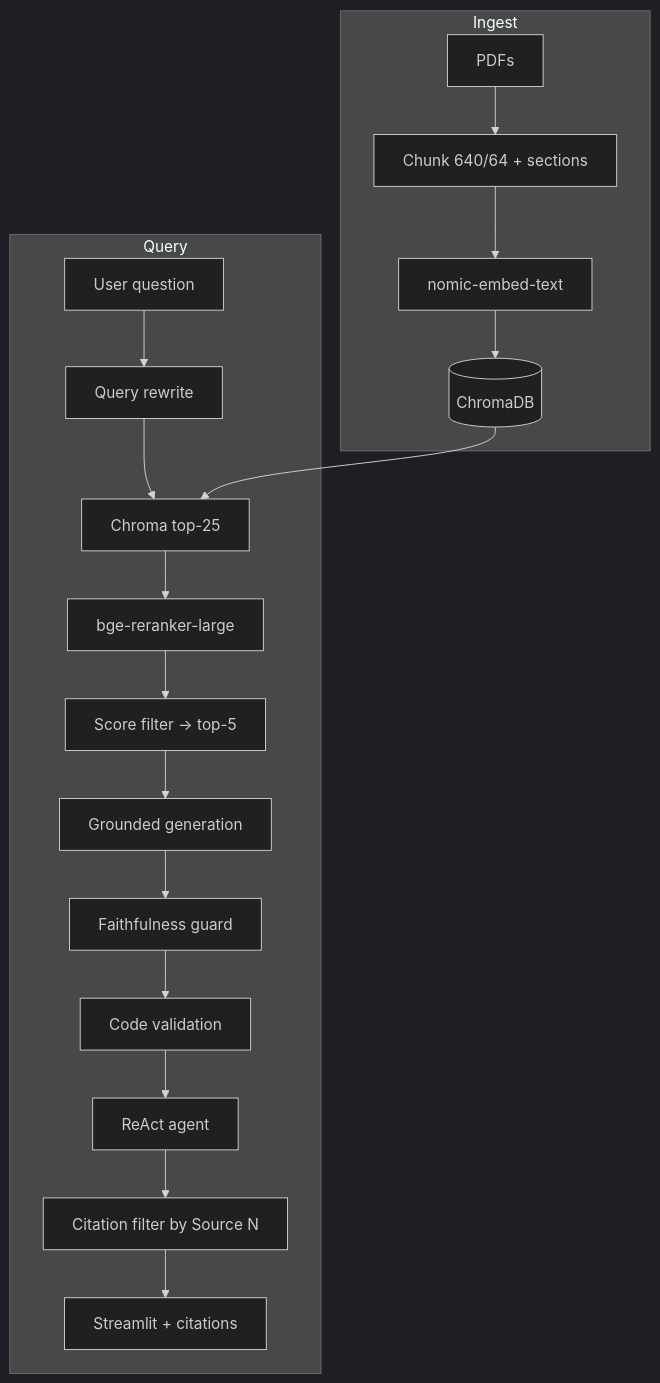
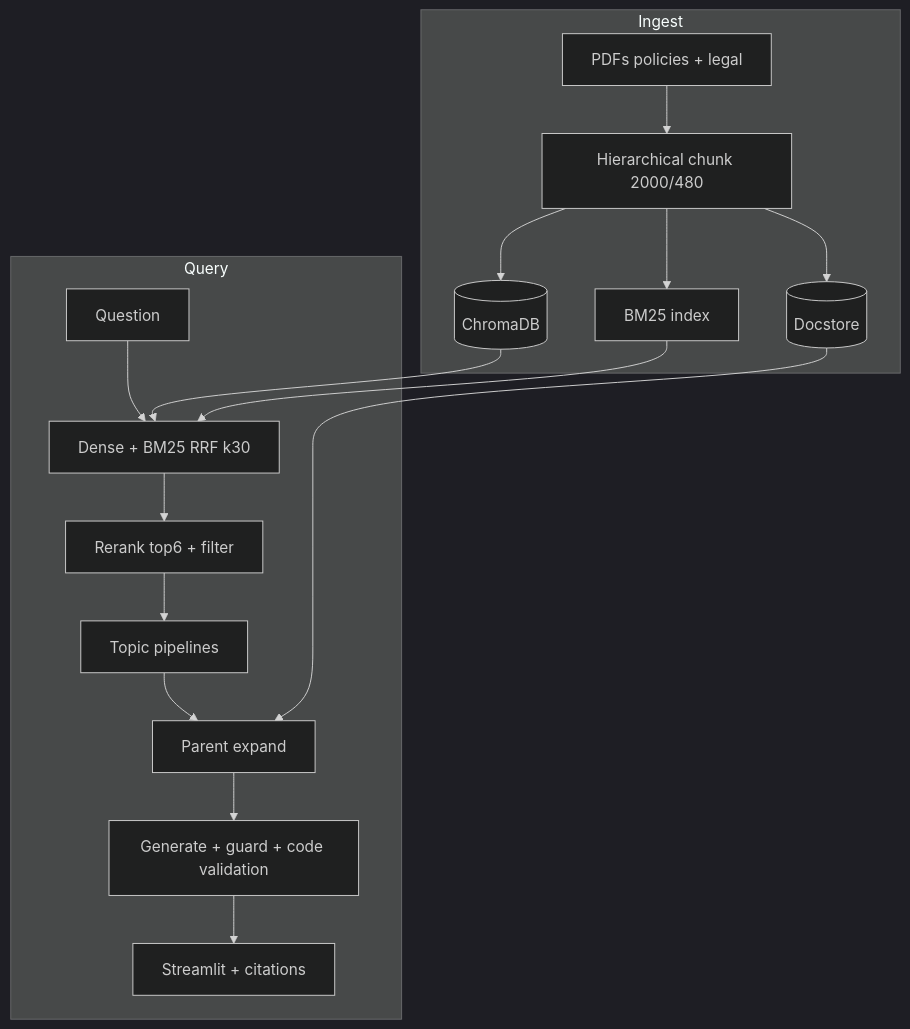
One commit to SoubhagyaJain/Rag-chatbot changed the diagram in README.md. Above: the diagram before and after it, drawn with Mermaid (dark theme). The commit also changed other lines of this file and 3 other files, not shown here.

Commit message:
docs: refresh all READMEs with latest architecture, metrics, and CD status

````diff
--- a/README.md
+++ b/README.md
@@ -286,23 +51,22 @@
 ```mermaid
 flowchart TB
     subgraph Ingest
-        PDF[PDFs] --> CHUNK[Chunk 640/64 + sections]
-        CHUNK --> EMB[nomic-embed-text]
-        EMB --> CHROMA[(ChromaDB)]
+        PDF[PDFs policies + legal] --> HChunk[Hierarchical chunk 2000/480]
+        HChunk --> Chroma[(ChromaDB)]
+        HChunk --> Docstore[(Docstore)]
+        HChunk --> BM25[BM25 index]
     end
 
     subgraph Query
-        Q[User question] --> REWRITE[Query rewrite]
-        REWRITE --> RET[Chroma top-25]
-        RET --> RERANK[bge-reranker-large]
-        RERANK --> FILTER[Score filter → top-5]
-        FILTER --> GEN[Grounded generation]
-        GEN --> GUARD[Faithfulness guard]
-        GUARD --> CODE[Code validation]
-        CODE --> AGENT[ReAct agent]
-        AGENT --> CITE[Citation filter by Source N]
-        CITE --> UI[Streamlit + citations]
+        Q[Question] --> Hybrid[Dense + BM25 RRF k30]
+        Hybrid --> Rerank[Rerank top6 + filter]
+        Rerank --> Topics[Topic pipelines]
+        Topics --> Parent[Parent expand]
+        Parent --> Gen[Generate + guard + code validation]
+        Gen --> UI[Streamlit + citations]
     end
 
-    CHROMA --> RET
+    Chroma --> Hybrid
+    BM25 --> Hybrid
+    Docstore --> Parent
 ```
````
